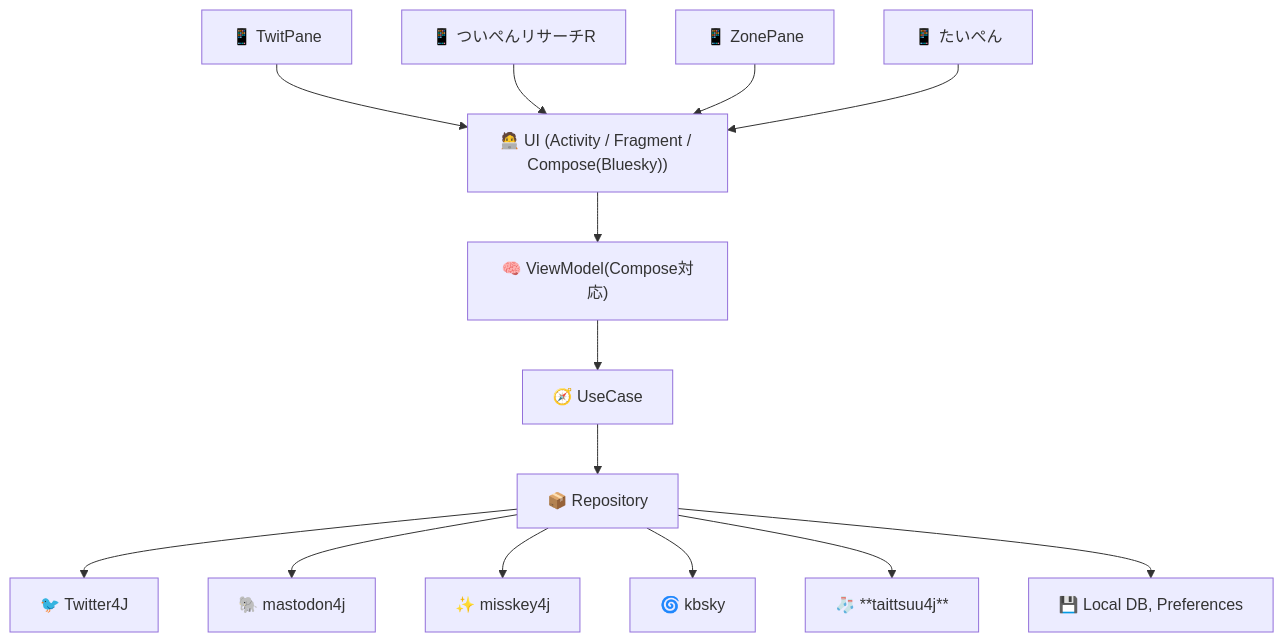
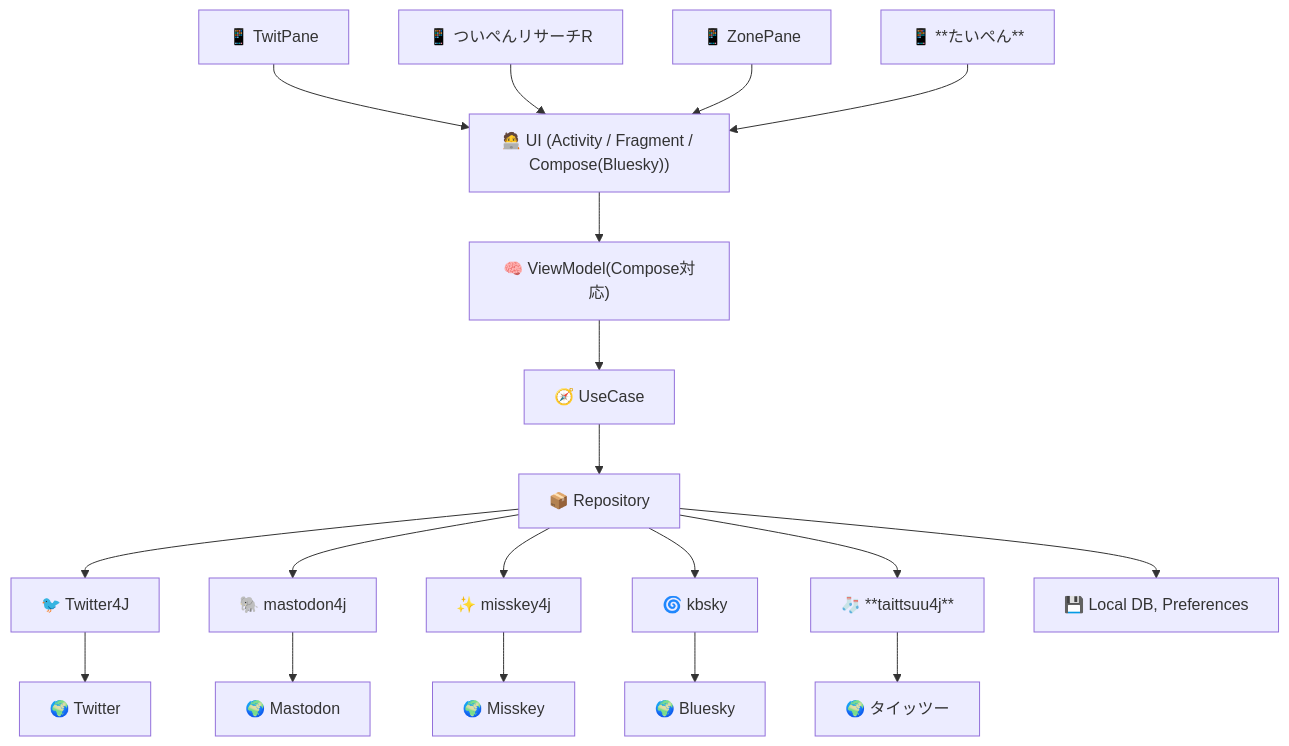
One commit to takke/mermaid_exam changed the fifth of 6 diagrams in twitpane.md. Above: the diagram before and after it, drawn with Mermaid. The commit also changed other lines of this file, not shown here.

````diff
--- a/twitpane.md
+++ b/twitpane.md
@@ -107,29 +131,39 @@
 ```mermaid
 flowchart TD
   TP["📱 TwitPane"]
   TPR["📱 ついぺんリサーチR"]
   ZP["📱 ZonePane"]
-  TAP["📱 たいぺん"]
+  TAP["📱 **たいぺん**"]
+
   UI["🧑‍💻 UI (Activity / Fragment / Compose(Bluesky))"]
   VM["🧠 ViewModel(Compose対応)"]
   UC["🧭 UseCase"]
   RP["📦 Repository"]
+
   TW["🐦 Twitter4J"]
   MA["🐘 mastodon4j"]
   MI["✨ misskey4j"]
   KB["🌀 kbsky"]
   TT["🧦 **taittsuu4j**"]
   DB["💾 Local DB, Preferences"]
 
+  S_TW["🌍 Twitter"]
+  S_MA["🌍 Mastodon"]
+  S_MI["🌍 Misskey"]
+  S_KB["🌍 Bluesky"]
+  S_TT["🌍 タイッツー"]
+
   TP --> UI
   TPR --> UI
   ZP --> UI
   TAP --> UI
+
   UI --> VM --> UC --> RP
-  RP --> TW
-  RP --> MA
-  RP --> MI
-  RP --> KB
-  RP --> TT
+
+  RP --> TW --> S_TW
+  RP --> MA --> S_MA
+  RP --> MI --> S_MI
+  RP --> KB --> S_KB
+  RP --> TT --> S_TT
   RP --> DB
 ```
````
